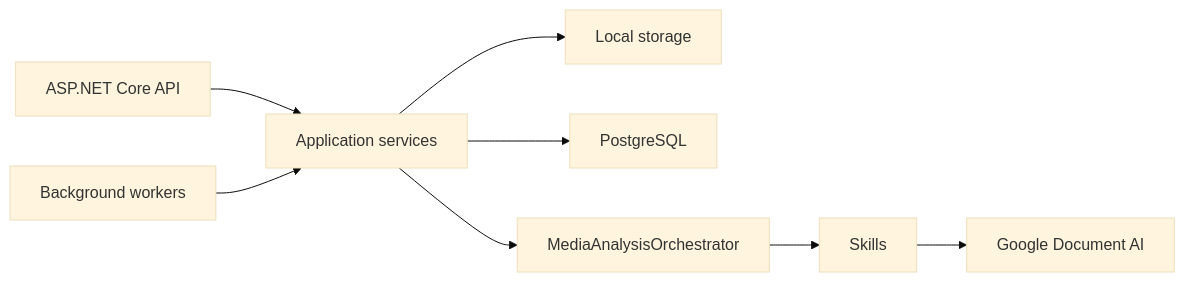
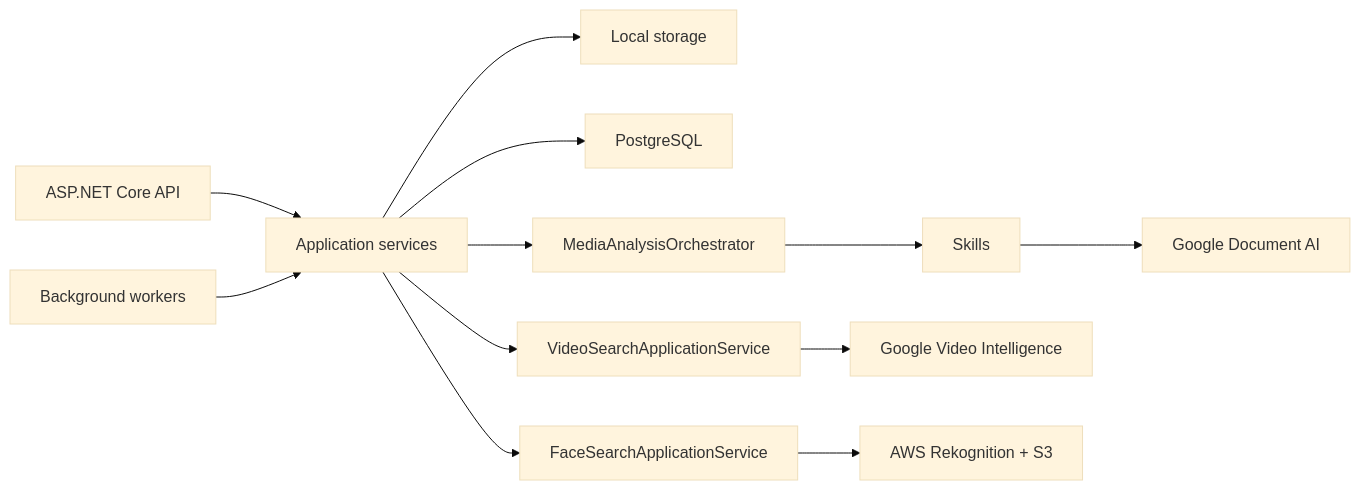
Before and after one commit to lokomurdok89/DeValpo.MediaIntelligence: the second of 2 diagrams in docs/architecture.en.md, drawn with Mermaid (base theme). The commit also changed other lines of this file and 12 other files, not shown here.

Commit message:
Document AWS face search workflow

````diff
--- a/docs/architecture.en.md
+++ b/docs/architecture.en.md
@@ -42,10 +46,14 @@
 ```mermaid
 flowchart LR
     API["ASP.NET Core API"] --> App["Application services"]
     Worker["Background workers"] --> App
     App --> Storage["Local storage"]
     App --> DB["PostgreSQL"]
     App --> Orchestrator["MediaAnalysisOrchestrator"]
     Orchestrator --> Skills["Skills"]
     Skills --> Google["Google Document AI"]
+    App --> VideoSearch["VideoSearchApplicationService"]
+    App --> FaceSearch["FaceSearchApplicationService"]
+    VideoSearch --> GVI["Google Video Intelligence"]
+    FaceSearch --> AWS["AWS Rekognition + S3"]
 ```
````
